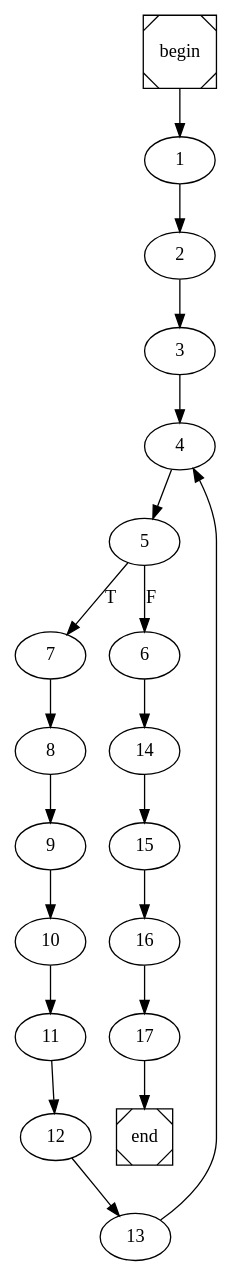
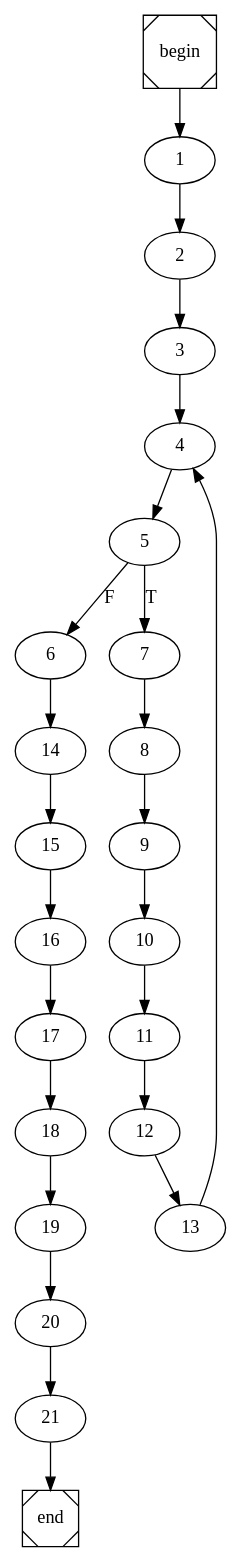
The diagram in main.dot (arubenruben/JMM-Compiler), drawn with Graphviz before and after one commit. The commit also changed 5 other files, not shown here.

```diff
--- a/main.dot
+++ b/main.dot
@@ -1,4 +1,4 @@
 digraph cfg {
 	begin [shape=Msquare];
 	end [shape=Msquare];
-	begin -> 1;	1 -> 2;	2 -> 3;	3 -> 4;	4 -> 5;	5 -> 7[label=T];	5 -> 6[label=F];	6 -> 14;	7 -> 8;	8 -> 9;	9 -> 10;	10 -> 11;	11 -> 12;	12 -> 13;	13 -> 4;	14 -> 15;	15 -> 16;	16 -> 17;	17 -> end;}
+	begin -> 1;	1 -> 2;	2 -> 3;	3 -> 4;	4 -> 5;	5 -> 7[label=T];	5 -> 6[label=F];	6 -> 14;	7 -> 8;	8 -> 9;	9 -> 10;	10 -> 11;	11 -> 12;	12 -> 13;	13 -> 4;	14 -> 15;	15 -> 16;	16 -> 17;	17 -> 18;	18 -> 19;	19 -> 20;	20 -> 21;	21 -> end;}
```
